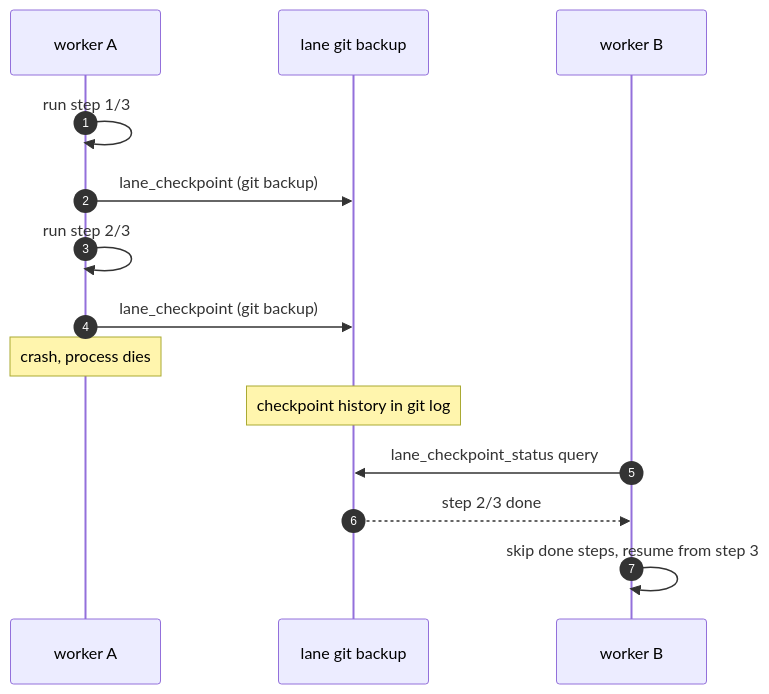
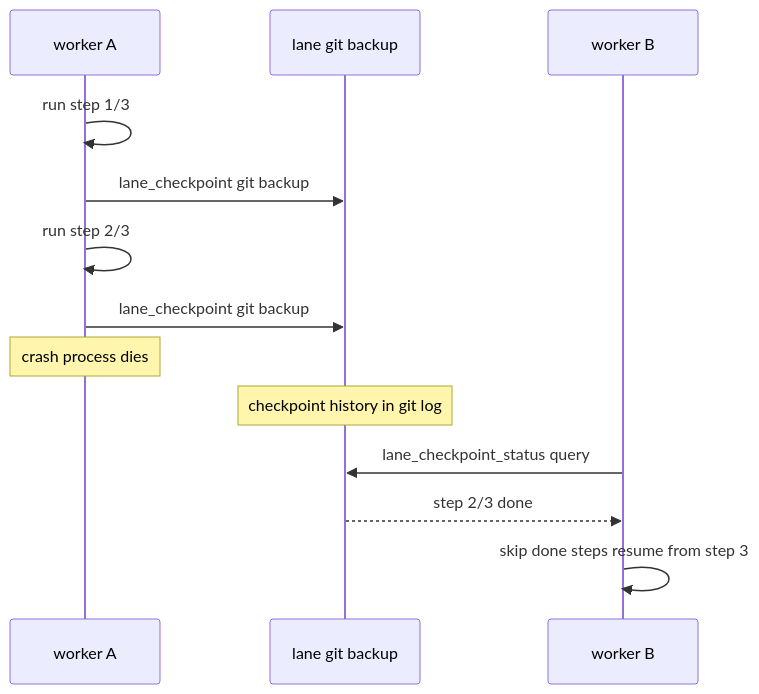
The third of 3 diagrams in README.en.md (Punky971210/dsh-punky-swarm), drawn with Mermaid before and after one commit. The commit also changed other lines of this file and 4 other files, not shown here.

Commit message:
docs: mermaid syntax compat fix, simplify why section

````diff
--- a/README.en.md
+++ b/README.en.md
@@ -131,16 +131,15 @@
 ```mermaid
 sequenceDiagram
-  autonumber
   participant A as worker A
   participant G as lane git backup
   participant B as worker B
   A->>A: run step 1/3
-  A->>G: lane_checkpoint (git backup)
+  A->>G: lane_checkpoint git backup
   A->>A: run step 2/3
-  A->>G: lane_checkpoint (git backup)
-  Note over A: crash, process dies
+  A->>G: lane_checkpoint git backup
+  Note over A: crash process dies
   Note over G: checkpoint history in git log
   B->>G: lane_checkpoint_status query
   G-->>B: step 2/3 done
-  B->>B: skip done steps, resume from step 3
+  B->>B: skip done steps resume from step 3
 ```
````
